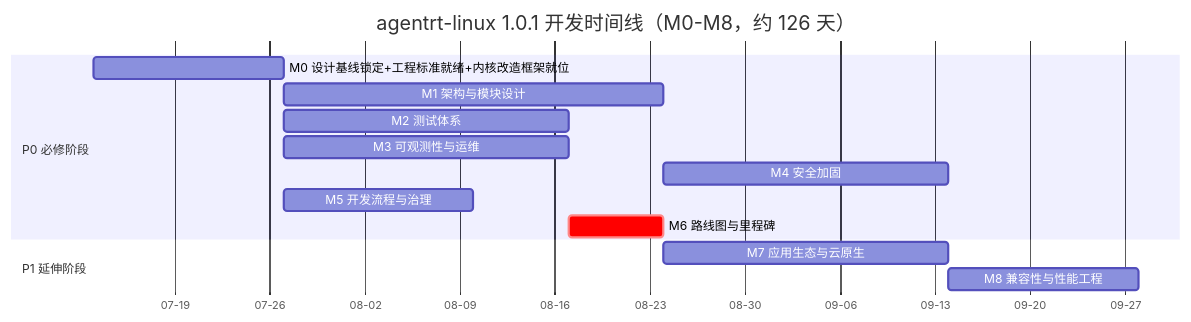
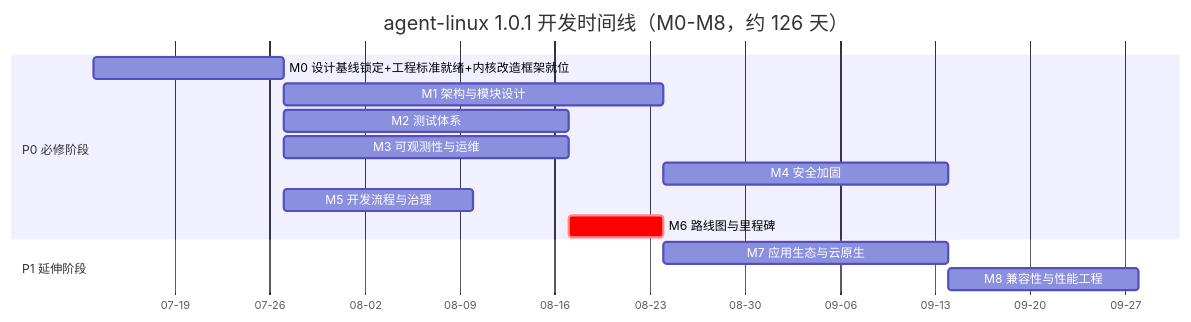
The first of 2 diagrams in 130-roadmap/02-milestones-and-timeline.md (openairymax/docs-linux), drawn with Mermaid before and after one commit. The commit also changed other lines of this file and 172 other files, not shown here.

Commit message:
docs: rename agentrt-linux to agent-linux across docs v0.1.3 双工程结构：agentrt-linux 改名 agent-linux。docs 全仓 186 个 文件中的 agentrt-linux 引用统一为 agent-linux（AirymaxOS 工程名/ URL/路径引用；commit hash 与历史不变）。

````diff
--- a/130-roadmap/02-milestones-and-timeline.md
+++ b/130-roadmap/02-milestones-and-timeline.md
@@ -43,19 +43,19 @@
 ```mermaid
 gantt
-    title agentrt-linux 1.0.1 开发时间线（M0-M8，约 126 天）
+    title agent-linux 1.0.1 开发时间线（M0-M8，约 126 天）
     dateFormat YYYY-MM-DD
     axisFormat %m-%d
 
     section P0 必修阶段
     M0 设计基线锁定+工程标准就绪+内核改造框架就位        :m0, 2026-07-13, 14d
     M1 架构与模块设计       :m1, 2026-07-27, 28d
     M2 测试体系             :m2, after m0, 21d
     M3 可观测性与运维        :m3, after m0, 21d
     M4 安全加固             :m4, after m1, 21d
     M5 开发流程与治理        :m5, after m0, 14d
     M6 路线图与里程碑        :crit, m6, after m2, 7d
 
     section P1 延伸阶段
     M7 应用生态与云原生      :m7, after m6, 21d
     M8 兼容性与性能工程      :m8, after m7, 14d
 ```
````
